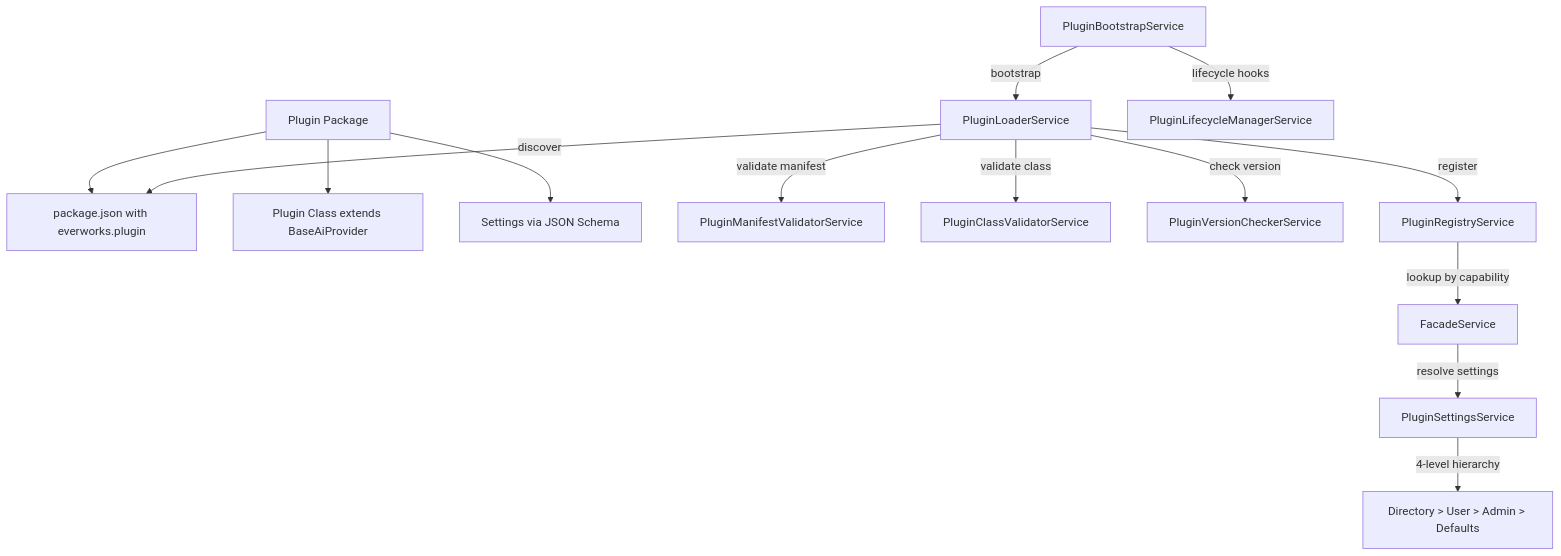
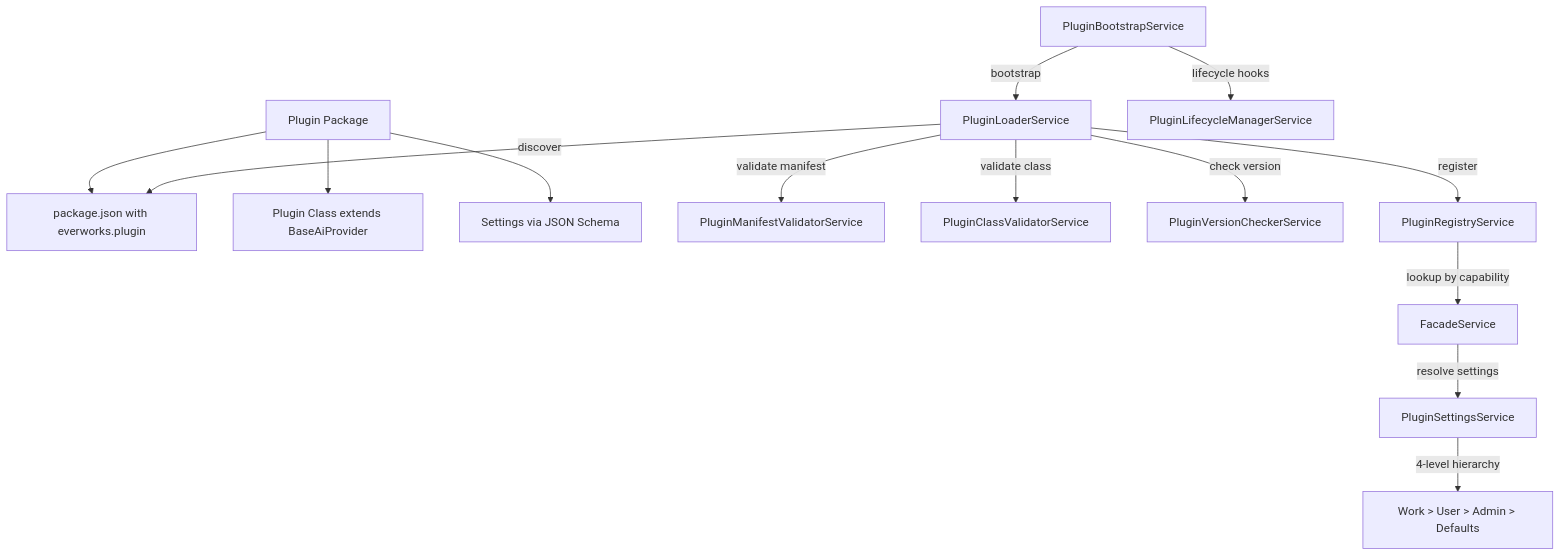
The diagram in docs/advanced/plugin-development-guide.md (ever-works/ever-works), drawn with Mermaid before and after one commit. The commit also changed other lines of this file and 395 other files, not shown here.

````diff
--- a/docs/advanced/plugin-development-guide.md
+++ b/docs/advanced/plugin-development-guide.md
@@ -18,19 +18,19 @@
 ```mermaid
 flowchart TD
     A[Plugin Package] --> B[package.json with everworks.plugin]
     A --> C[Plugin Class extends BaseAiProvider]
     A --> D[Settings via JSON Schema]
 
     E[PluginLoaderService] -->|discover| B
     E -->|validate manifest| F[PluginManifestValidatorService]
     E -->|validate class| G[PluginClassValidatorService]
     E -->|check version| H[PluginVersionCheckerService]
     E -->|register| I[PluginRegistryService]
 
     I -->|lookup by capability| J[FacadeService]
     J -->|resolve settings| K[PluginSettingsService]
-    K -->|4-level hierarchy| L[Directory > User > Admin > Defaults]
+    K -->|4-level hierarchy| L[Work > User > Admin > Defaults]
 
     M[PluginBootstrapService] -->|bootstrap| E
     M -->|lifecycle hooks| N[PluginLifecycleManagerService]
 ```
````
